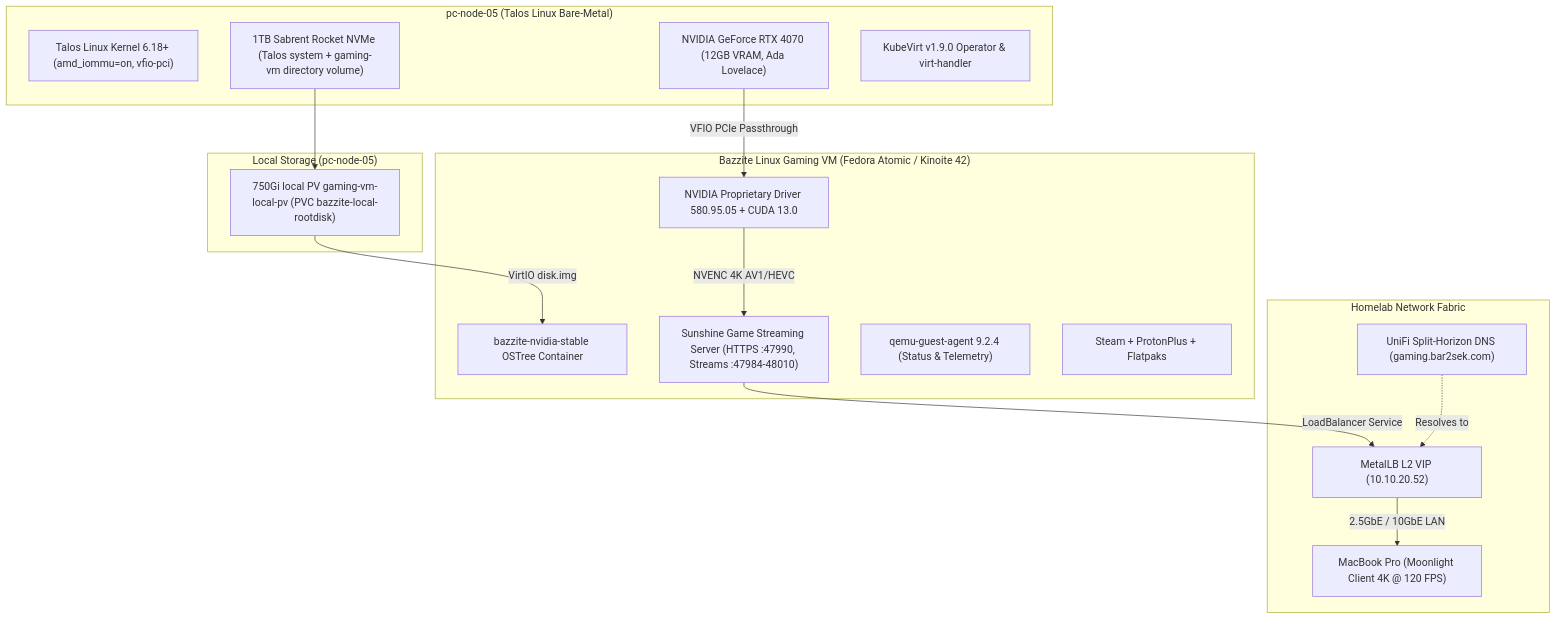
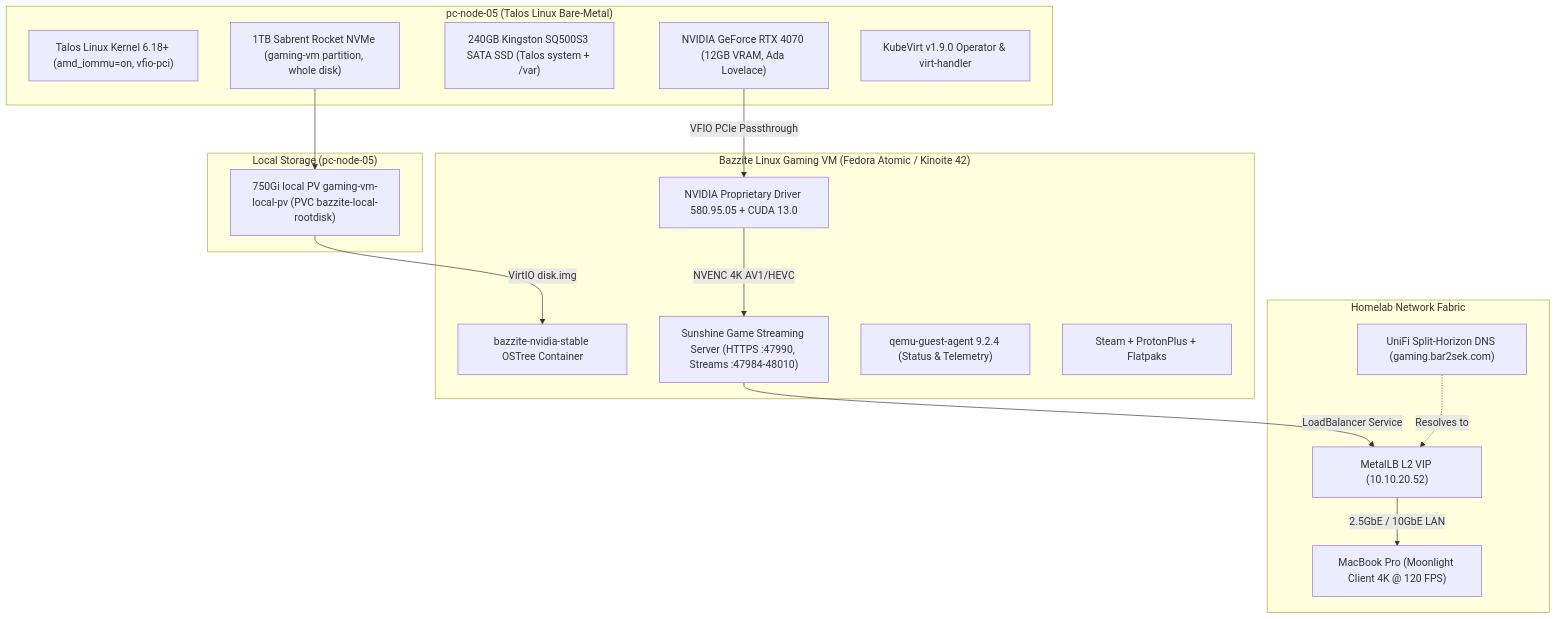
The diagram in docs/303-kubevirt-bazzite-gpu-vm.md (bar2sek/personal-technology), drawn with Mermaid before and after one commit. The commit also changed other lines of this file and 10 other files, not shown here.

First line of the commit message:
feat(storage): reshuffle waves 1-3b; pc-node-05 boots from Kingston SSD

````diff
--- a/docs/303-kubevirt-bazzite-gpu-vm.md
+++ b/docs/303-kubevirt-bazzite-gpu-vm.md
@@ -23,35 +23,36 @@
 ```mermaid
 graph TD
     subgraph Host ["pc-node-05 (Talos Linux Bare-Metal)"]
         Kernel["Talos Linux Kernel 6.18+ (amd_iommu=on, vfio-pci)"]
         GPU_HW["NVIDIA GeForce RTX 4070 (12GB VRAM, Ada Lovelace)"]
-        NVMe_HW["1TB Sabrent Rocket NVMe (Talos system + gaming-vm directory volume)"]
+        Boot_HW["240GB Kingston SQ500S3 SATA SSD (Talos system + /var)"]
+        NVMe_HW["1TB Sabrent Rocket NVMe (gaming-vm partition, whole disk)"]
         KubeVirt["KubeVirt v1.9.0 Operator & virt-handler"]
     end
 
     subgraph Guest ["Bazzite Linux Gaming VM (Fedora Atomic / Kinoite 42)"]
         OSTree["bazzite-nvidia-stable OSTree Container"]
         NvidiaDriver["NVIDIA Proprietary Driver 580.95.05 + CUDA 13.0"]
         Sunshine["Sunshine Game Streaming Server (HTTPS :47990, Streams :47984-48010)"]
         QEMU_GA["qemu-guest-agent 9.2.4 (Status & Telemetry)"]
         Steam["Steam + ProtonPlus + Flatpaks"]
     end
 
     subgraph Storage ["Local Storage (pc-node-05)"]
         CephNVMe["750Gi local PV gaming-vm-local-pv (PVC bazzite-local-rootdisk)"]
     end
 
     subgraph Networking ["Homelab Network Fabric"]
         MetalLB["MetalLB L2 VIP (10.10.20.52)"]
         UniFiDNS["UniFi Split-Horizon DNS (gaming.bar2sek.com)"]
         Client["MacBook Pro (Moonlight Client 4K @ 120 FPS)"]
     end
 
     GPU_HW -->|VFIO PCIe Passthrough| NvidiaDriver
     NVMe_HW --> CephNVMe
     CephNVMe -->|VirtIO disk.img| OSTree
     NvidiaDriver -->|NVENC 4K AV1/HEVC| Sunshine
     Sunshine -->|LoadBalancer Service| MetalLB
     MetalLB -->|2.5GbE / 10GbE LAN| Client
     UniFiDNS -.->|Resolves to| MetalLB
 ```
````
